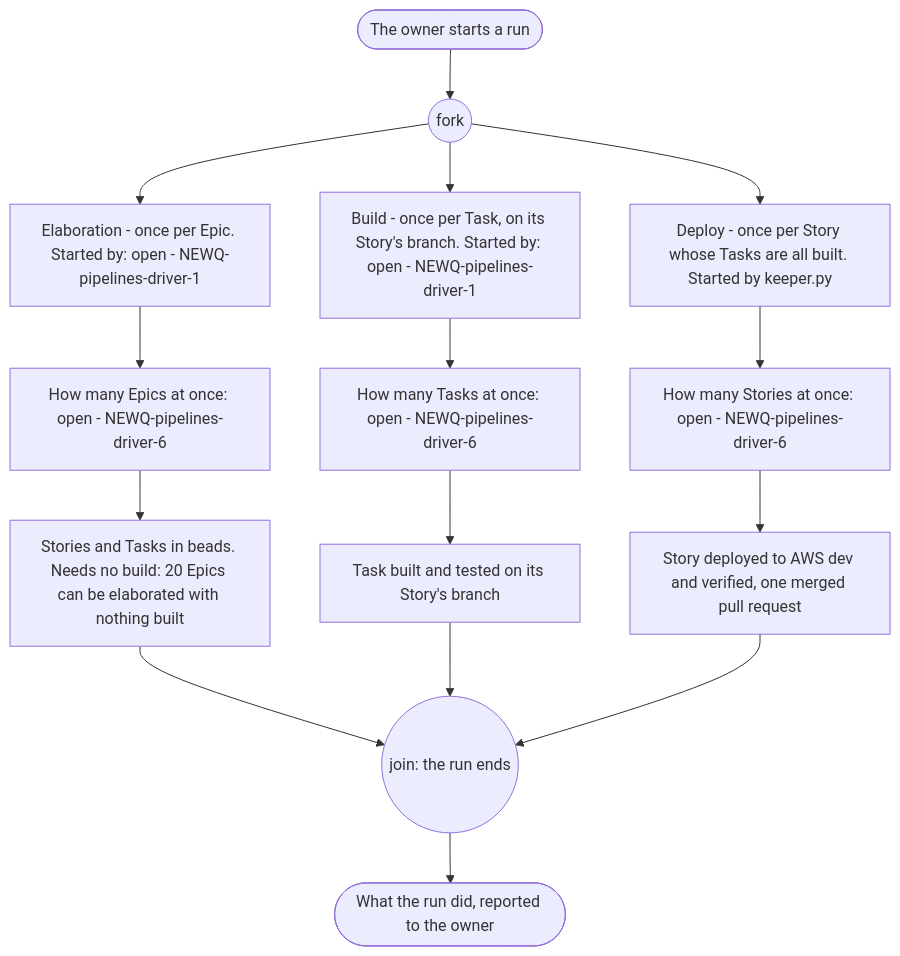
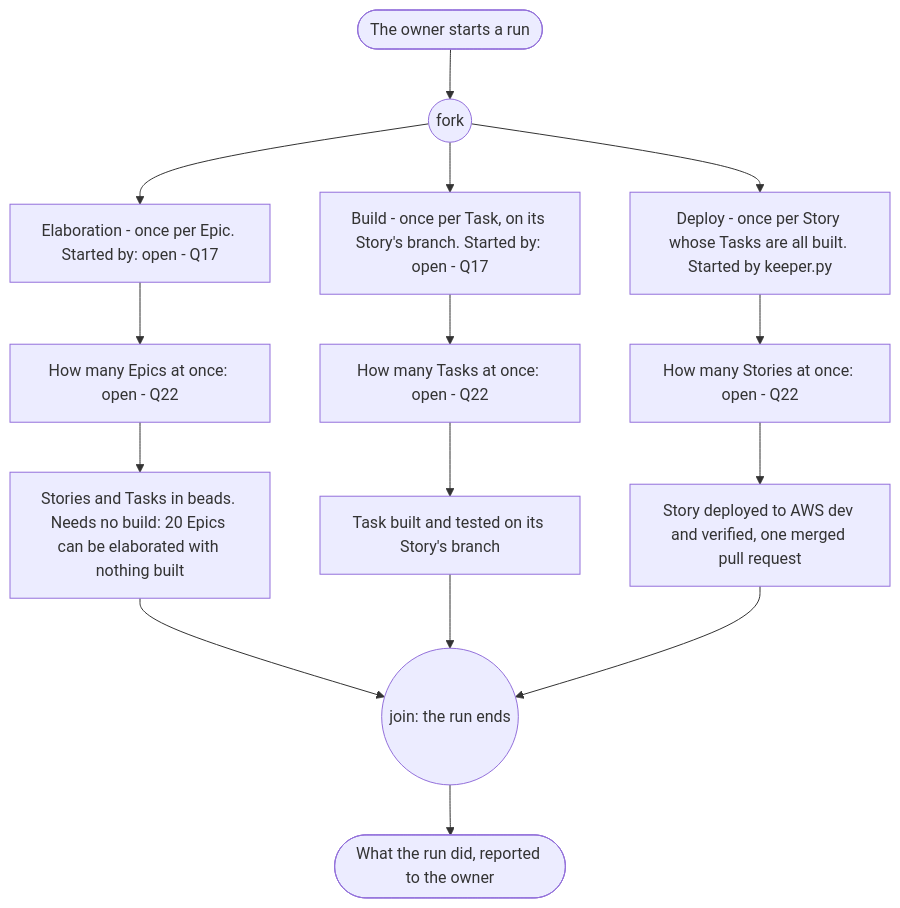
The third of 8 diagrams in plugins/agent-teams-workforce/blueprint/design/pipelines-driver.md (mark-satterfield/toolset), drawn with Mermaid before and after one commit. The commit also changed other lines of this file and 7 other files, not shown here.

First line of the commit message:
docs(blueprint): show PRD, build, deploy and driver pipelines only as the owner wants them

````diff
--- a/plugins/agent-teams-workforce/blueprint/design/pipelines-driver.md
+++ b/plugins/agent-teams-workforce/blueprint/design/pipelines-driver.md
@@ -163,17 +163,17 @@
 ```mermaid
 flowchart TD
     s(["The owner starts a run"]) --> fork1(("fork"))
-    fork1 --> el["Elaboration - once per Epic. Started by: open - NEWQ-pipelines-driver-1"]
-    fork1 --> bu["Build - once per Task, on its Story's branch. Started by: open - NEWQ-pipelines-driver-1"]
+    fork1 --> el["Elaboration - once per Epic. Started by: open - Q17"]
+    fork1 --> bu["Build - once per Task, on its Story's branch. Started by: open - Q17"]
     fork1 --> de["Deploy - once per Story whose Tasks are all built. Started by keeper.py"]
-    el --> elN["How many Epics at once: open - NEWQ-pipelines-driver-6"]
-    bu --> buN["How many Tasks at once: open - NEWQ-pipelines-driver-6"]
-    de --> deN["How many Stories at once: open - NEWQ-pipelines-driver-6"]
+    el --> elN["How many Epics at once: open - Q22"]
+    bu --> buN["How many Tasks at once: open - Q22"]
+    de --> deN["How many Stories at once: open - Q22"]
     elN --> elOut["Stories and Tasks in beads. Needs no build: 20 Epics can be elaborated with nothing built"]
     buN --> buOut["Task built and tested on its Story's branch"]
     deN --> deOut["Story deployed to AWS dev and verified, one merged pull request"]
     elOut --> join1(("join: the run ends"))
     buOut --> join1
     deOut --> join1
     join1 --> e(["What the run did, reported to the owner"])
 ```
````
